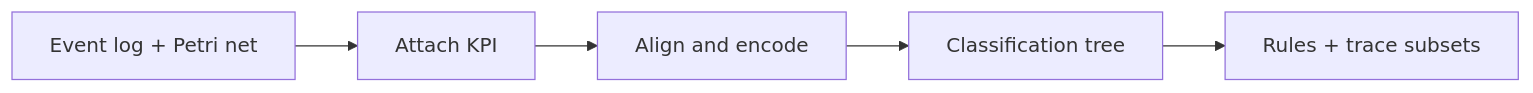
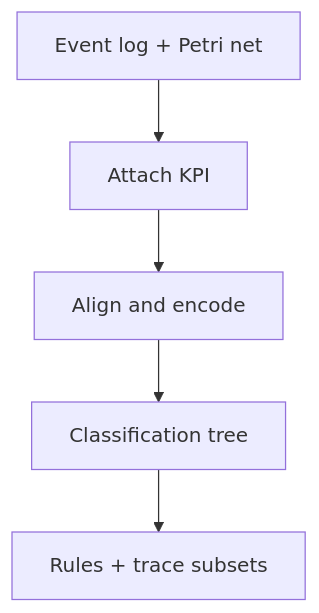
Before and after one commit to Rickderijk2002/Process-Mining-2026: the diagram in docs/Report/Report-process-Mining.qmd, drawn with Mermaid.

Commit message:
Fit pipeline Mermaid diagram to page width in the short paper.
Switch the overview flowchart from left-to-right to top-to-bottom and cap figure width so PDF render no longer clips steps.

````diff
--- a/docs/Report/Report-process-Mining.qmd
+++ b/docs/Report/Report-process-Mining.qmd
@@ -48,7 +48,9 @@
 ```{mermaid}
-flowchart LR
+%%| fig-width: 4.5
+%%| fig-cap: "Overview of the deviation-analysis pipeline."
+flowchart TB
   A[Event log + Petri net] --> B[Attach KPI]
   B --> C[Align and encode]
   C --> D[Classification tree]
   D --> E[Rules + trace subsets]
 ```
````
